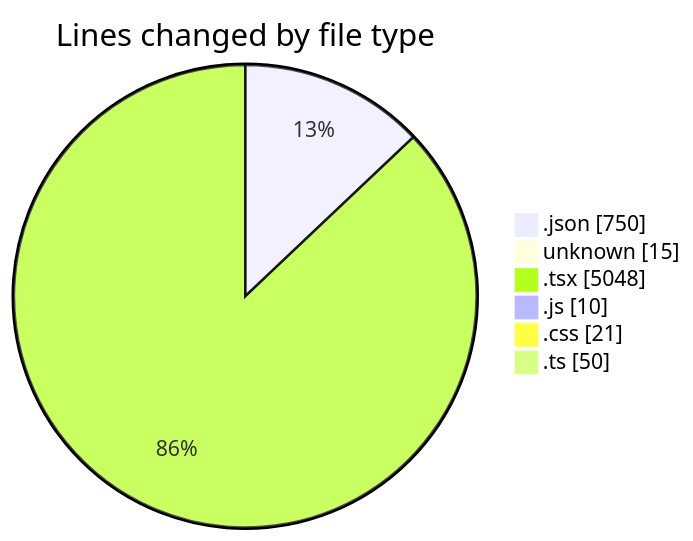
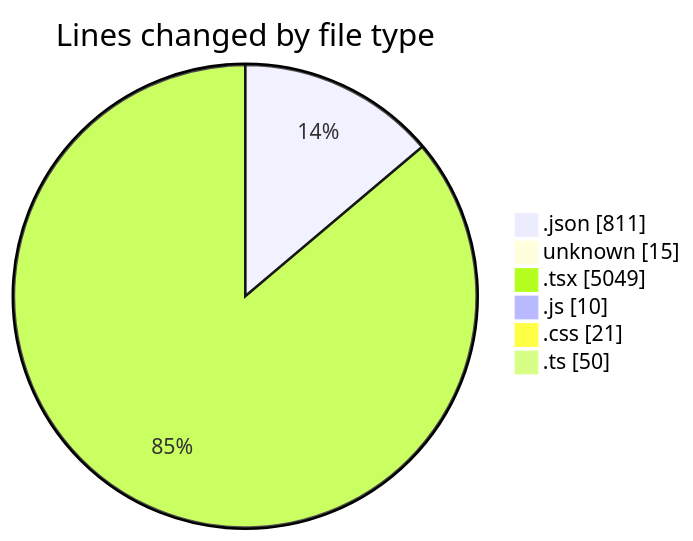
The first of 2 diagrams in 2025-05-02/niten/README.md (Elitesun/code-tracking), drawn with Mermaid before and after one commit. The commit also changed other lines of this file and 1 other file, not shown here.

````diff
--- a/2025-05-02/niten/README.md
+++ b/2025-05-02/niten/README.md
@@ -68,10 +70,10 @@
 ```mermaid
 pie showData
 title Lines changed by file type
-".json" : 750
+".json" : 811
 "unknown" : 15
-".tsx" : 5048
+".tsx" : 5049
 ".js" : 10
 ".css" : 21
 ".ts" : 50
 ```
````
